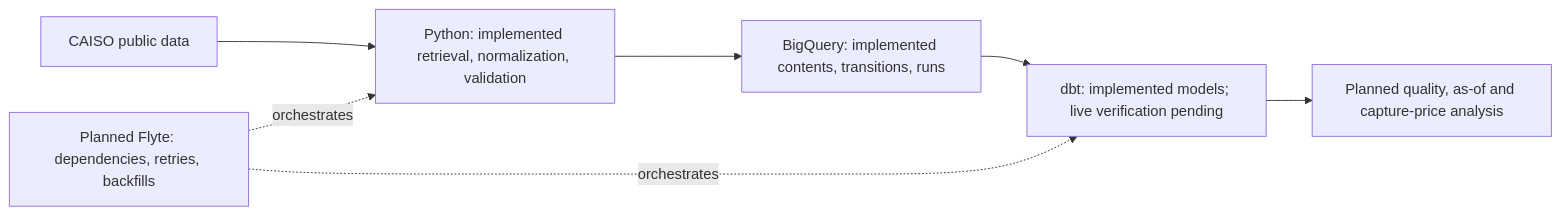
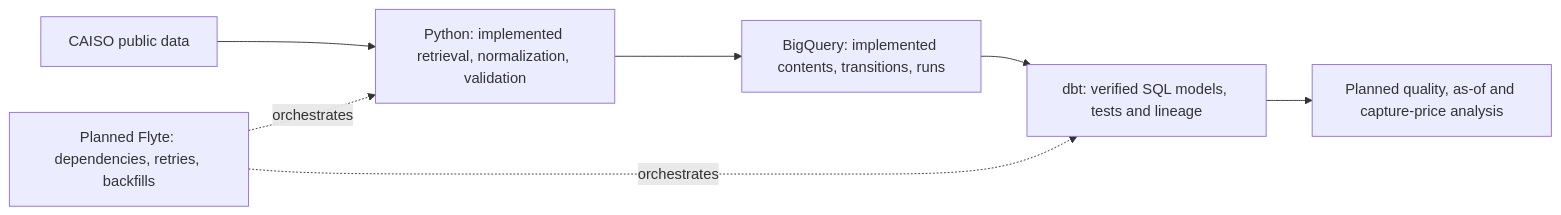
Before and after one commit to AdvaitBP/power-market-data-platform: the diagram in README.md, drawn with Mermaid. The commit also changed other lines of this file and 7 other files, not shown here.

````diff
--- a/README.md
+++ b/README.md
@@ -52,9 +55,9 @@
 ```mermaid
 flowchart LR
     C["CAISO public data"] --> P["Python: implemented retrieval, normalization, validation"]
     P --> B["BigQuery: implemented contents, transitions, runs"]
-    B --> D["dbt: implemented models; live verification pending"]
+    B --> D["dbt: verified SQL models, tests and lineage"]
     D --> A["Planned quality, as-of and capture-price analysis"]
     F["Planned Flyte: dependencies, retries, backfills"] -. orchestrates .-> P
     F -. orchestrates .-> D
 ```
````
